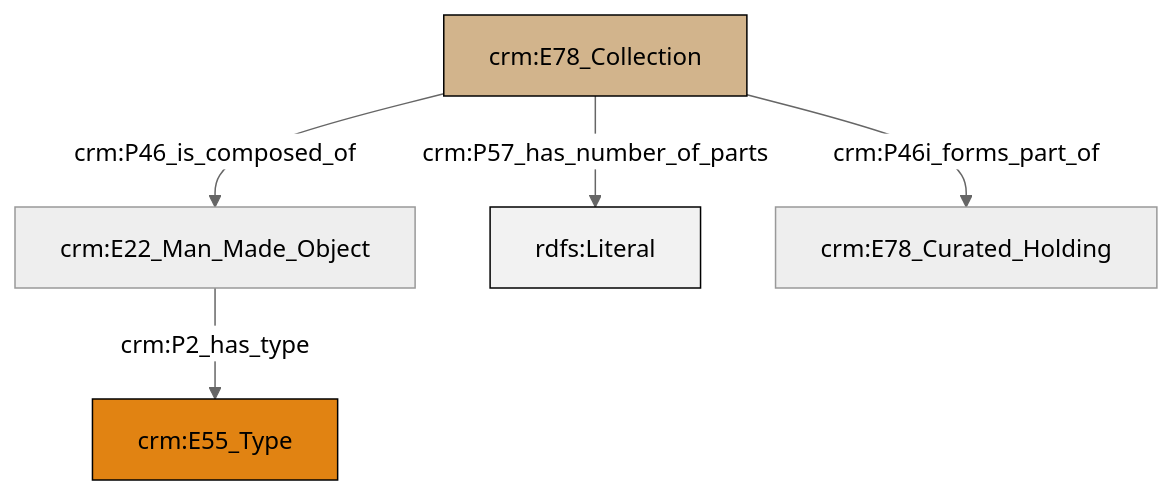
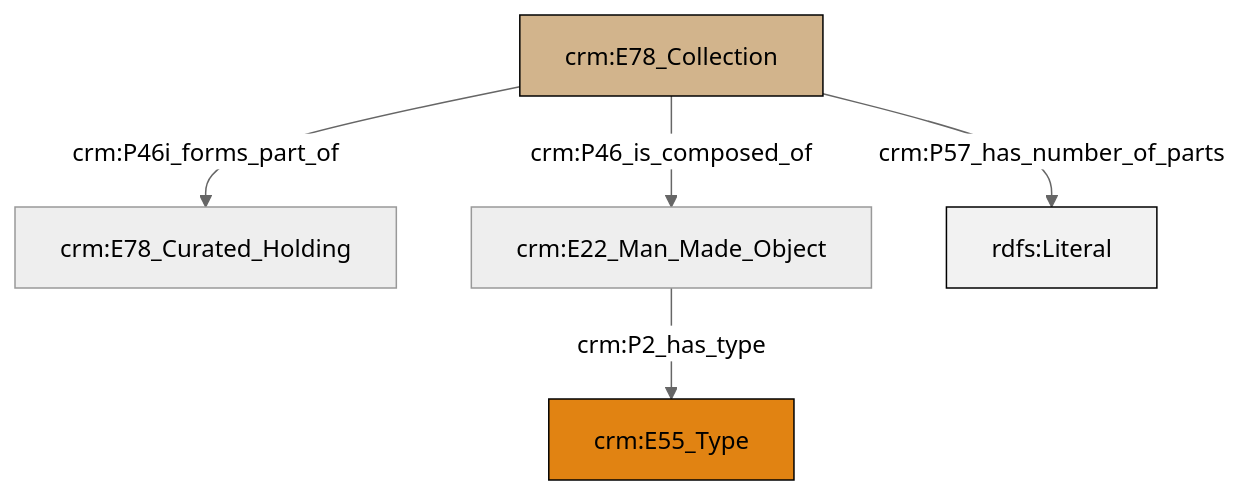
The diagram in et/archivalCSV/ttl/mmd/archival_parthood.ttl.mmd (swiss-art-research-net/docs.swissartresearch), drawn with Mermaid (neutral theme) before and after one commit. The commit also changed 177 other files, not shown here.

```diff
--- a/et/archivalCSV/ttl/mmd/archival_parthood.ttl.mmd
+++ b/et/archivalCSV/ttl/mmd/archival_parthood.ttl.mmd
@@ -1,19 +1,19 @@
 graph TD
 classDef Literal fill:#f2f2f2,stroke:#000000;
 classDef CRM_Entity fill:#FFFFFF,stroke:#000000;
 classDef Temporal_Entity fill:#00C9E6, stroke:#000000;
 classDef Type fill:#E18312, stroke:#000000;
 classDef Time-Span fill:#2C9C91, stroke:#000000;
 classDef Appellation fill:#FFEB7F, stroke:#000000;
 classDef Place fill:#008836, stroke:#000000;
 classDef Persistent_Item fill:#B266B2, stroke:#000000;
 classDef Conceptual_Object fill:#FFD700, stroke:#000000;
 classDef Physical_Thing fill:#D2B48C, stroke:#000000;
 classDef Actor fill:#f58aad, stroke:#000000;
 classDef PC_Classes fill:#4ce600, stroke:#000000;
 classDef Multi fill:#cccccc,stroke:#000000;
 
-0["crm:E22_Man_Made_Object"]:::Default -->|crm:P2_has_type| 1["crm:E55_Type"]:::Type
-3["crm:E78_Collection"]:::Physical_Thing -->|crm:P46_is_composed_of| 0["crm:E22_Man_Made_Object"]:::Default
-3["crm:E78_Collection"]:::Physical_Thing -->|crm:P57_has_number_of_parts| 6[rdfs:Literal]:::Literal
-3["crm:E78_Collection"]:::Physical_Thing -->|crm:P46i_forms_part_of| 7["crm:E78_Curated_Holding"]:::Default
+4["crm:E78_Collection"]:::Physical_Thing -->|crm:P46_is_composed_of| 5["crm:E22_Man_Made_Object"]:::Default
+5["crm:E22_Man_Made_Object"]:::Default -->|crm:P2_has_type| 0["crm:E55_Type"]:::Type
+4["crm:E78_Collection"]:::Physical_Thing -->|crm:P46i_forms_part_of| 2["crm:E78_Curated_Holding"]:::Default
+4["crm:E78_Collection"]:::Physical_Thing -->|crm:P57_has_number_of_parts| 7[rdfs:Literal]:::Literal
```
